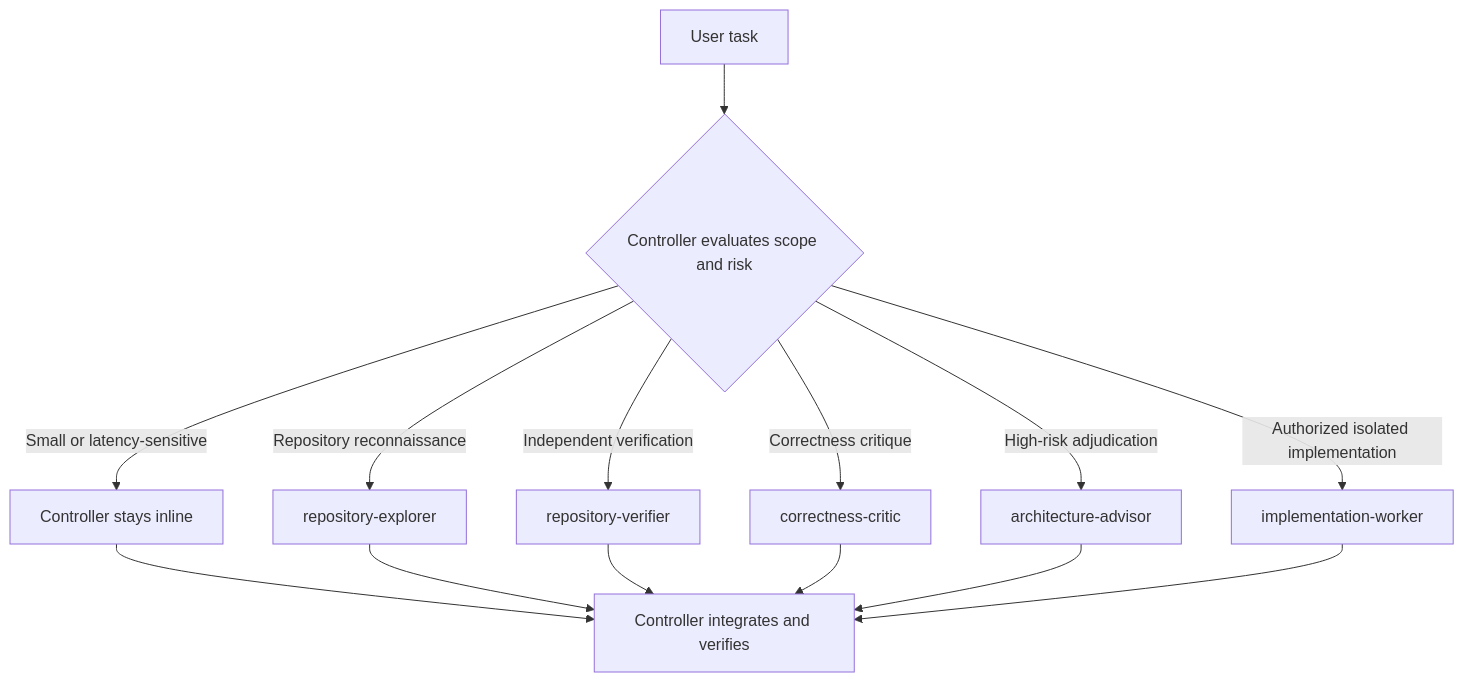
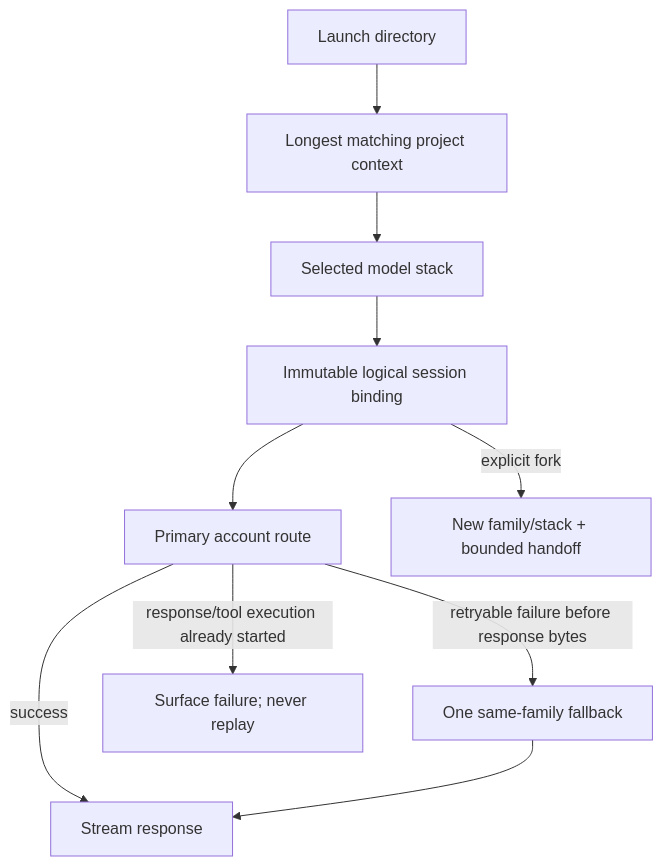
The second of 3 diagrams in README.md (orichum/claudex-workflow), drawn with Mermaid before and after one commit. The commit also changed other lines of this file and 70 other files, not shown here.

````diff
--- a/README.md
+++ b/README.md
@@ -73,16 +254,12 @@
 ```mermaid
 flowchart TD
-    Task["User task"] --> Decide{"Controller evaluates scope and risk"}
-    Decide -->|"Small or latency-sensitive"| Inline["Controller stays inline"]
-    Decide -->|"Repository reconnaissance"| Explore["repository-explorer"]
-    Decide -->|"Independent verification"| Verify["repository-verifier"]
-    Decide -->|"Correctness critique"| Critic["correctness-critic"]
-    Decide -->|"High-risk adjudication"| Advise["architecture-advisor"]
-    Decide -->|"Authorized isolated implementation"| Worker["implementation-worker"]
-    Inline --> Integrate["Controller integrates and verifies"]
-    Explore --> Integrate
-    Verify --> Integrate
-    Critic --> Integrate
-    Advise --> Integrate
-    Worker --> Integrate
+    D["Launch directory"] --> X["Longest matching project context"]
+    X --> S["Selected model stack"]
+    S --> B["Immutable logical session binding"]
+    B --> P["Primary account route"]
+    P -->|"success"| T["Stream response"]
+    P -->|"retryable failure before response bytes"| F["One same-family fallback"]
+    F --> T
+    P -->|"response/tool execution already started"| E["Surface failure; never replay"]
+    B -->|"explicit fork"| N["New family/stack + bounded handoff"]
 ```
````
